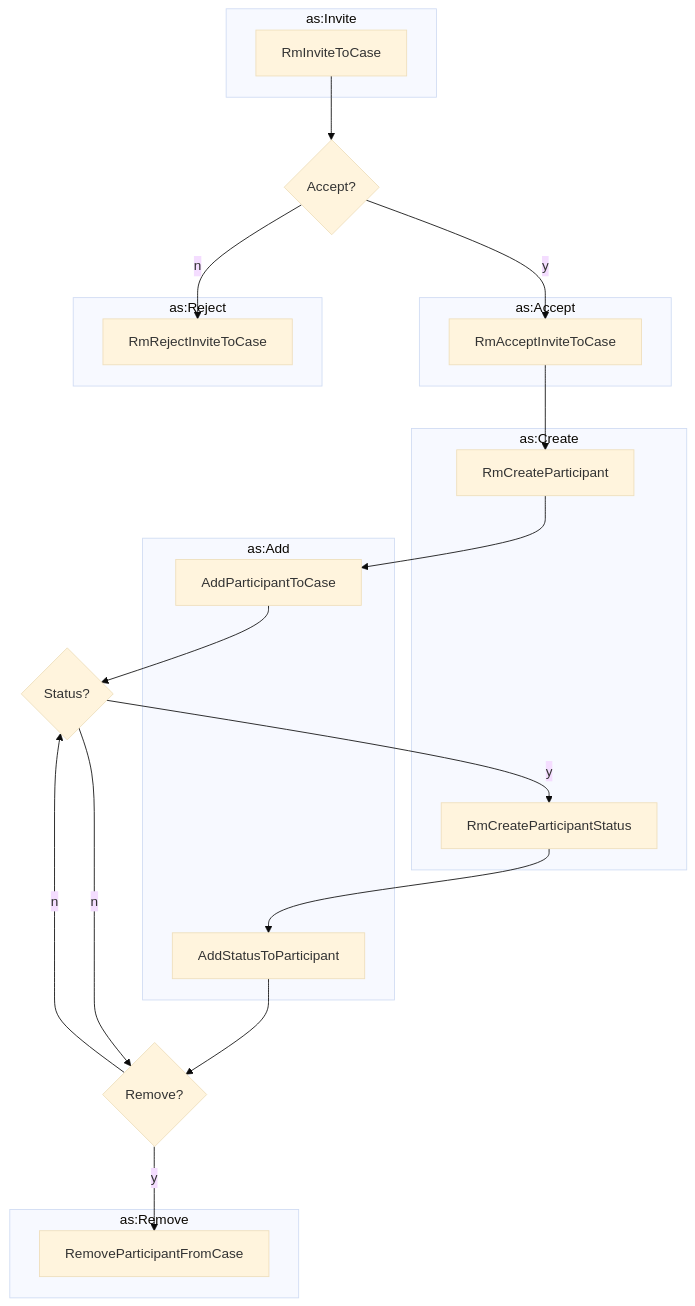
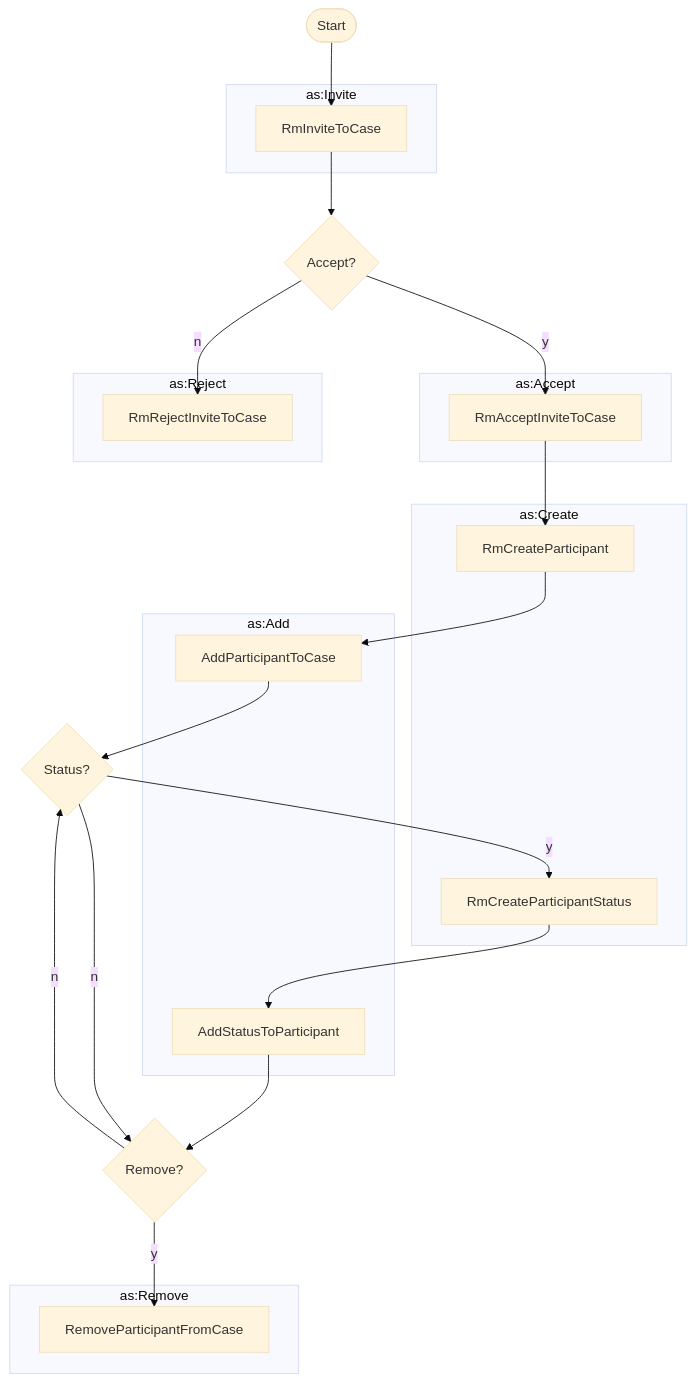
The diagram in docs/howto/activitypub/activities/manage_participants.md (ahouseholder/Vultron), drawn with Mermaid (base theme) before and after one commit. The commit also changed 13 other files, not shown here.

Commit message:
improve diagrams

````diff
--- a/docs/howto/activitypub/activities/manage_participants.md
+++ b/docs/howto/activitypub/activities/manage_participants.md
@@ -9,36 +9,38 @@
 ```mermaid
 flowchart TB
     subgraph as:Invite 
         RmInviteToCase
     end
     subgraph as:Accept
         RmAcceptInviteToCase
     end
     subgraph as:Reject
         RmRejectInviteToCase
     end
     subgraph as:Create
         RmCreateParticipant
         RmCreateParticipantStatus
     end
     subgraph as:Add
         AddParticipantToCase
         AddStatusToParticipant
     end
     subgraph as:Remove
         RemoveParticipantFromCase
     end
+    start([Start])
+    start --> RmInviteToCase
     RmInviteToCase --> a{Accept?}
     a -->|y| RmAcceptInviteToCase
     a -->|n| RmRejectInviteToCase
     RmAcceptInviteToCase --> RmCreateParticipant
     
     RmCreateParticipantStatus --> AddStatusToParticipant
     RmCreateParticipant --> AddParticipantToCase
     AddParticipantToCase --> s{Status?}
     s -->|y| RmCreateParticipantStatus
     s -->|n| r{Remove?}
     AddStatusToParticipant --> r
     r -->|y| RemoveParticipantFromCase
     r -->|n| s
 ```
````
